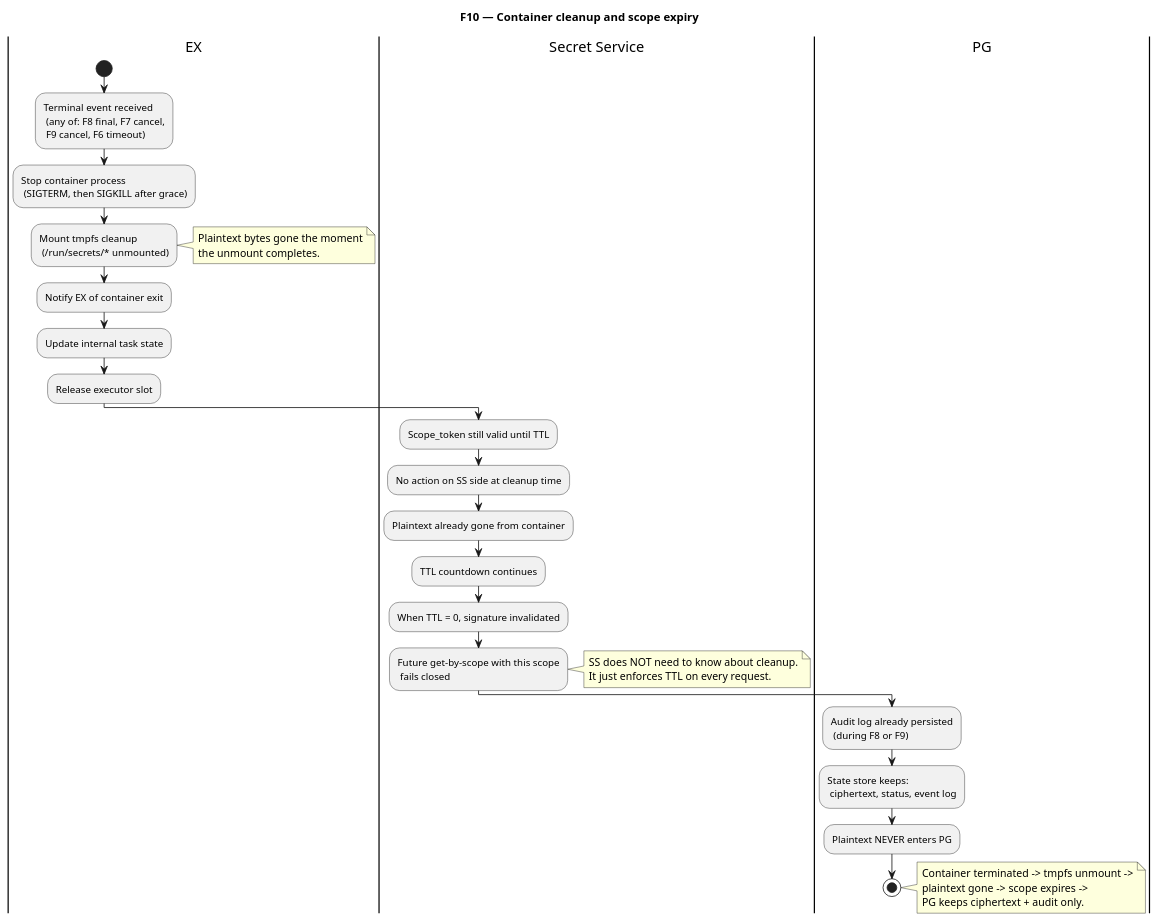
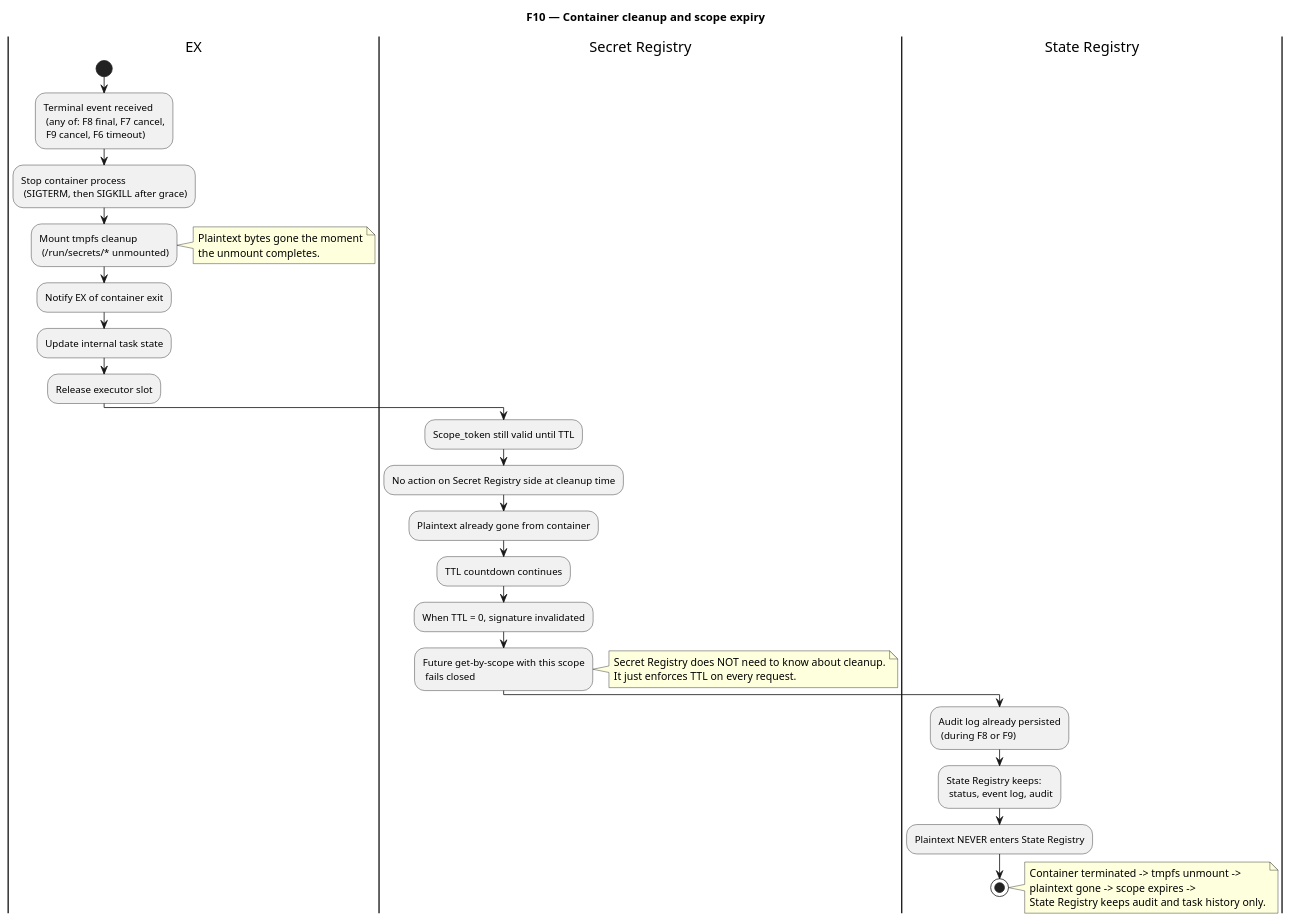
One commit to pandops/flowai changed the diagram in docs/architecture/diagrams/f10-cleanup-scope-expires.puml. Above: the diagram before and after it, drawn with PlantUML. The commit also changed 4 other files, not shown here.

First line of the commit message:
docs(architecture): update execution flow diagrams

```diff
--- a/docs/architecture/diagrams/f10-cleanup-scope-expires.puml
+++ b/docs/architecture/diagrams/f10-cleanup-scope-expires.puml
@@ -1,54 +1,54 @@
 @startuml f10-cleanup-scope-expires
 title F10 — Container cleanup and scope expiry
 
 |EX|
 start
 :Terminal event received
  (any of: F8 final, F7 cancel,
  F9 cancel, F6 timeout);
 
 :Stop container process
  (SIGTERM, then SIGKILL after grace);
 
 :Mount tmpfs cleanup
  (/run/secrets/* unmounted);
 
 note right
   Plaintext bytes gone the moment
   the unmount completes.
 end note
 
 :Notify EX of container exit;
 :Update internal task state;
 :Release executor slot;
 
-|Secret Service|
+|Secret Registry|
 :Scope_token still valid until TTL;
-:No action on SS side at cleanup time;
+:No action on Secret Registry side at cleanup time;
 :Plaintext already gone from container;
 :TTL countdown continues;
 :When TTL = 0, signature invalidated;
 :Future get-by-scope with this scope
  fails closed;
 
 note right
-  SS does NOT need to know about cleanup.
+  Secret Registry does NOT need to know about cleanup.
   It just enforces TTL on every request.
 end note
 
-|PG|
+|State Registry|
 :Audit log already persisted
  (during F8 or F9);
-:State store keeps:
- ciphertext, status, event log;
-:Plaintext NEVER enters PG;
+:State Registry keeps:
+ status, event log, audit;
+:Plaintext NEVER enters State Registry;
 
 stop
 
 note right
   Container terminated -> tmpfs unmount ->
   plaintext gone -> scope expires ->
-  PG keeps ciphertext + audit only.
+  State Registry keeps audit and task history only.
 end note
 
 @enduml
```
